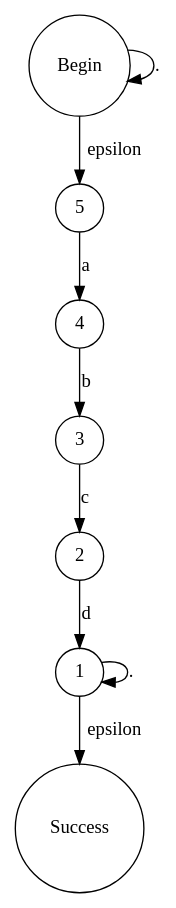
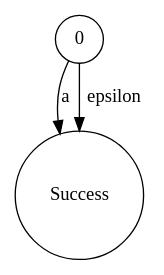
One commit to ayanamists/MyRegEngine changed the diagram in MyRegEngine/bin/Debug/netcoreapp3.1/TestCase7.dot. Above: the diagram before and after it, drawn with Graphviz. The commit also changed 55 other files, not shown here.

```diff
--- a/MyRegEngine/bin/Debug/netcoreapp3.1/TestCase7.dot
+++ b/MyRegEngine/bin/Debug/netcoreapp3.1/TestCase7.dot
@@ -1,1 +1,1 @@
-digraph TestCase7 { 0 [shape=circle,label="Begin"]; 1 [shape=circle,label="1"]; 2 [shape=circle,label="2"]; 3 [shape=circle,label="3"]; 4 [shape=circle,label="4"]; 5 [shape=circle,label="5"]; 6 [shape=circle,label="Success"]; 0 -> 0[label="."]; 0 -> 5[label="epsilon"]; 1 -> 1[label="."]; 1 -> 6[label="epsilon"]; 2 -> 1[label="d"]; 3 -> 2[label="c"]; 4 -> 3[label="b"]; 5 -> 4[label="a"]; }
+digraph TestCase7 { 0 [shape=circle,label="0"]; 1 [shape=circle,label="Success"]; 0 -> 1[label="a"]; 0 -> 1[label="epsilon"]; }
```
